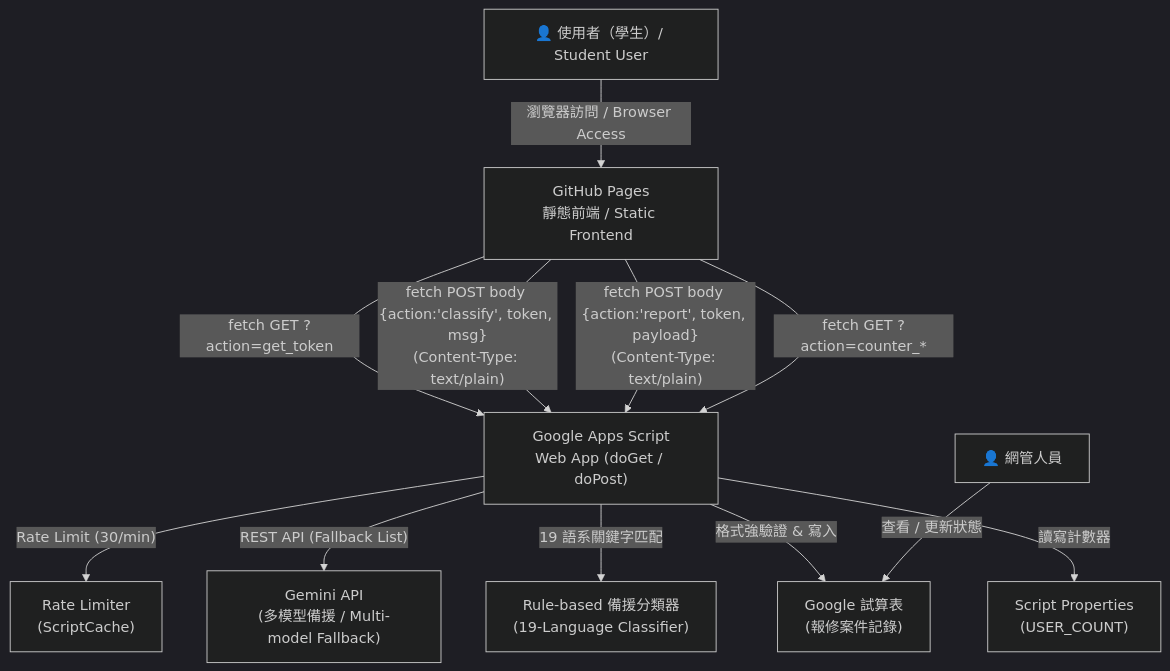
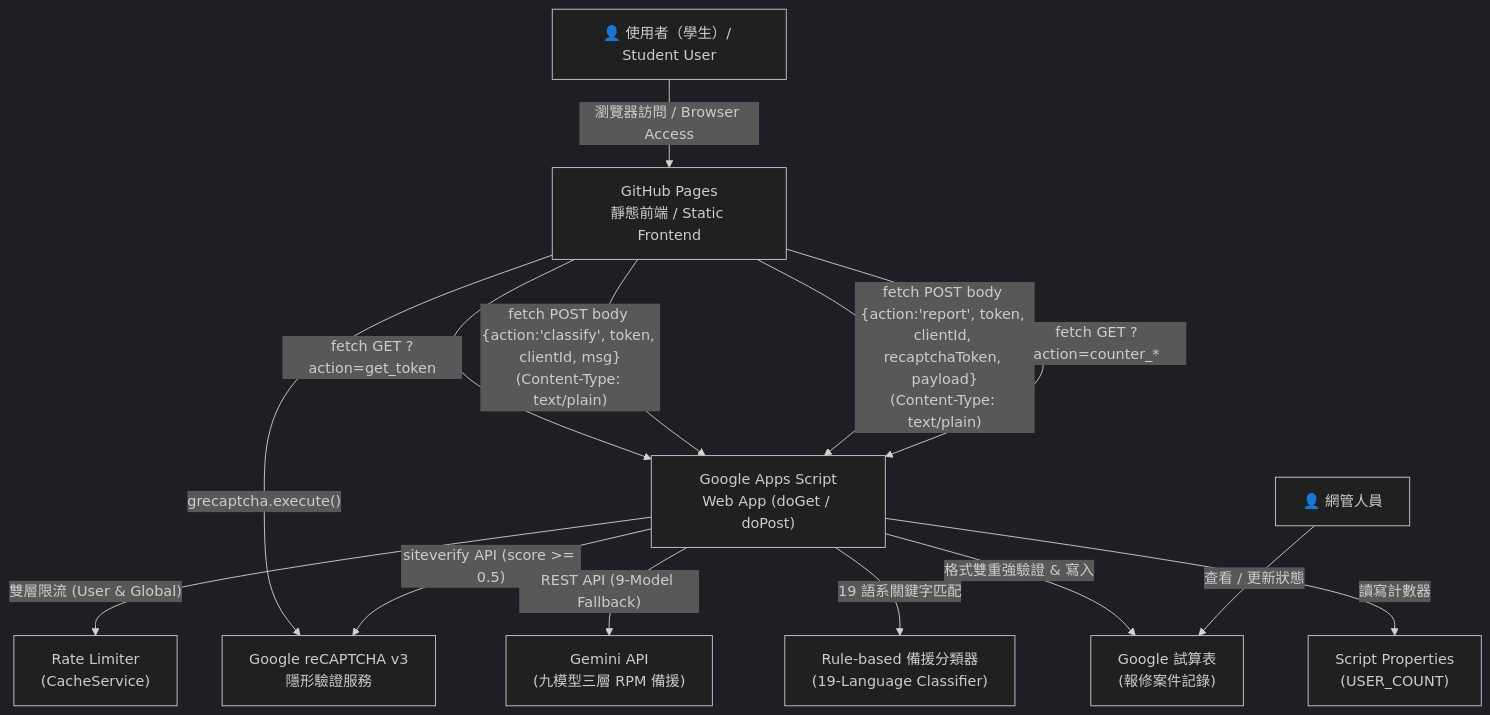
One commit to chinglin-k/FCU_NE_Chat_Bot changed the diagram in doc/architecture.md. Above: the diagram before and after it, drawn with Mermaid (dark theme). The commit also changed other lines of this file and 5 other files, not shown here.

Commit message:
docs: align all project documentation with verified codebase (reCAPTCHA v3, rate limiting 12/60 & 5/20, 9-model Gemini fallback, POST body data flow)

````diff
--- a/doc/architecture.md
+++ b/doc/architecture.md
@@ -10,14 +10,16 @@
 ```mermaid
 graph TD
     User["👤 使用者（學生）/ Student User"] -->|瀏覽器訪問 / Browser Access| GHP["GitHub Pages\n靜態前端 / Static Frontend"]
     GHP -->|"fetch GET ?action=get_token"| GAS["Google Apps Script\nWeb App (doGet / doPost)"]
-    GHP -->|"fetch POST body {action:'classify', token, msg}\n(Content-Type: text/plain)"| GAS
-    GHP -->|"fetch POST body {action:'report', token, payload}\n(Content-Type: text/plain)"| GAS
+    GHP -->|"fetch POST body {action:'classify', token, clientId, msg}\n(Content-Type: text/plain)"| GAS
+    GHP -->|"fetch POST body {action:'report', token, clientId, recaptchaToken, payload}\n(Content-Type: text/plain)"| GAS
     GHP -->|"fetch GET ?action=counter_*"| GAS
-    GAS -->|"Rate Limit (30/min)"| RateLimit["Rate Limiter\n(ScriptCache)"]
-    GAS -->|"REST API (Fallback List)"| Gemini["Gemini API\n(多模型備援 / Multi-model Fallback)"]
+    GHP -->|"grecaptcha.execute()"| reCAPTCHA["Google reCAPTCHA v3\n隱形驗證服務"]
+    GAS -->|"雙層限流 (User & Global)"| RateLimit["Rate Limiter\n(CacheService)"]
+    GAS -->|"siteverify API (score >= 0.5)"| reCAPTCHA
+    GAS -->|"REST API (9-Model Fallback)"| Gemini["Gemini API\n(九模型三層 RPM 備援)"]
     GAS -->|"19 語系關鍵字匹配"| RuleEngine["Rule-based 備援分類器\n(19-Language Classifier)"]
-    GAS -->|"格式強驗證 & 寫入"| Sheet["Google 試算表\n(報修案件記錄)"]
+    GAS -->|"格式雙重強驗證 & 寫入"| Sheet["Google 試算表\n(報修案件記錄)"]
     GAS -->|"讀寫計數器"| Props["Script Properties\n(USER_COUNT)"]
     Admin["👤 網管人員"] -->|"查看 / 更新狀態"| Sheet
 ```
````
